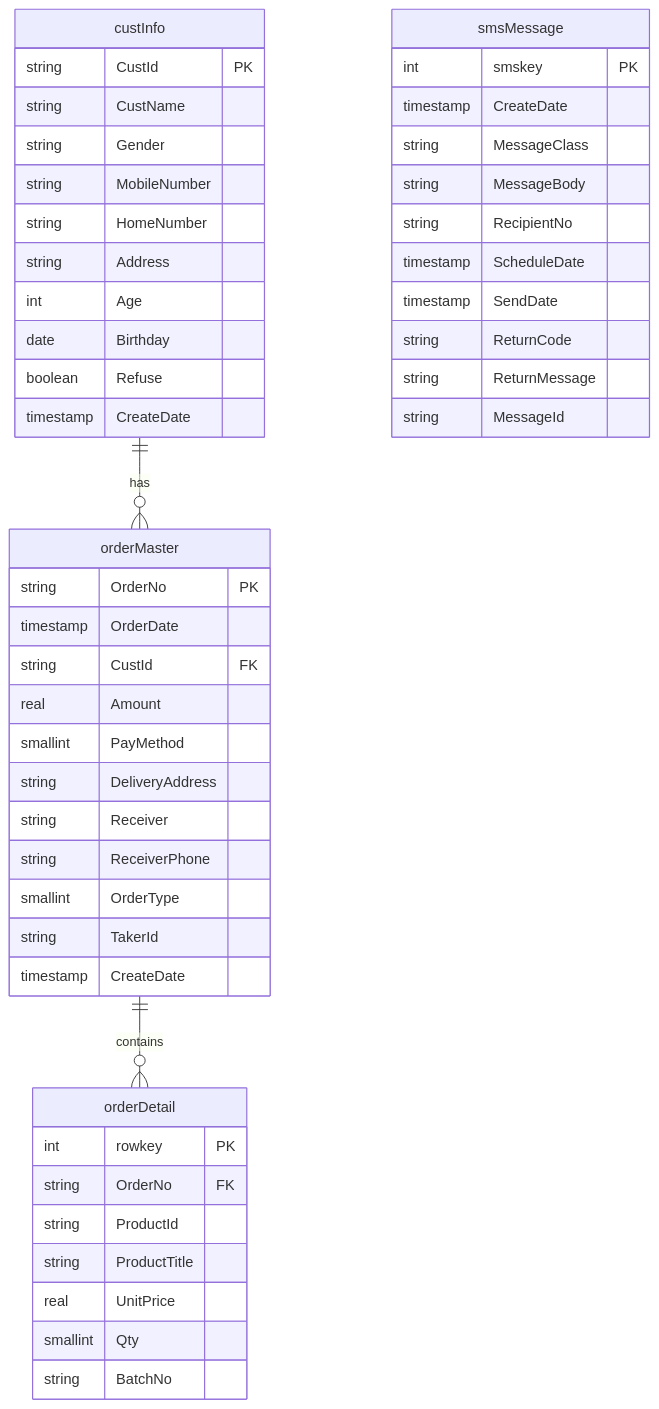
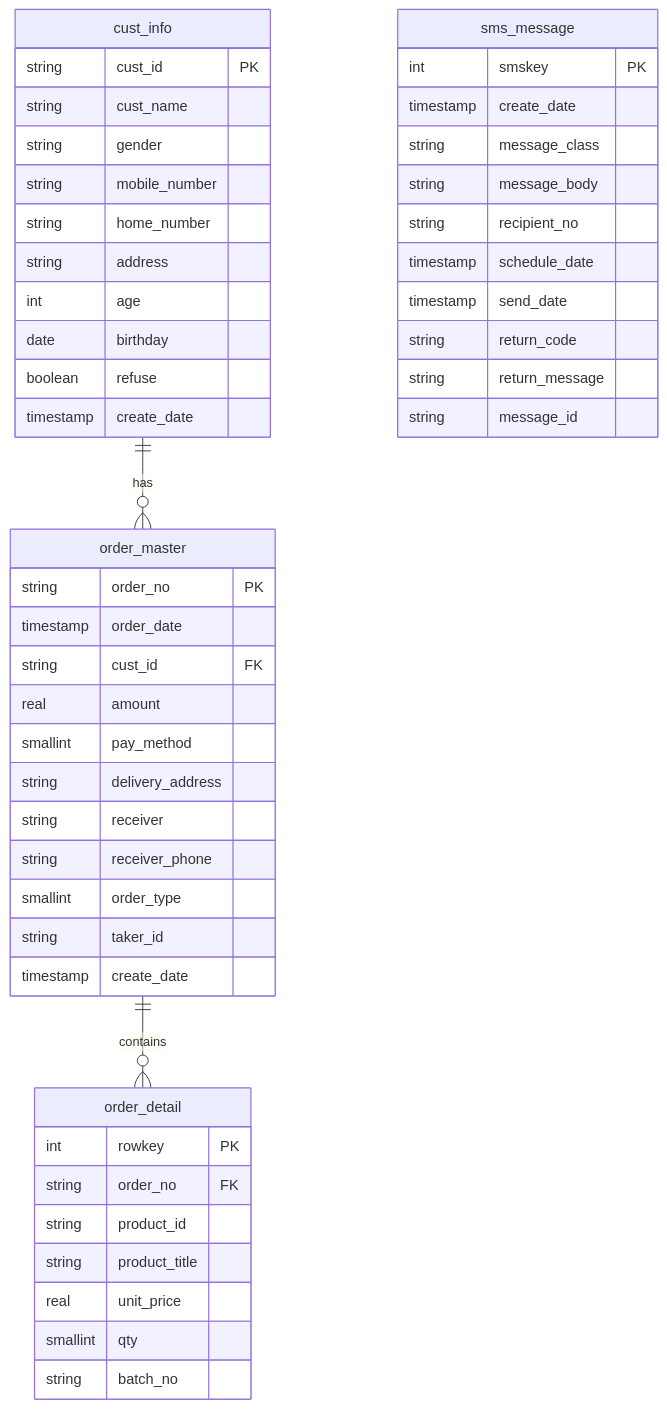
One commit to Benny418/EASY_NL_SMS_SYSTEM changed the fifth of 5 diagrams in README.md. Above: the diagram before and after it, drawn with Mermaid. The commit also changed other lines of this file, not shown here.

````diff
--- a/README.md
+++ b/README.md
@@ -164,55 +164,55 @@
 ```mermaid
 erDiagram
-    custInfo ||--o{ orderMaster : "has"
-    orderMaster ||--o{ orderDetail : "contains"
+    cust_info ||--o{ order_master : "has"
+    order_master ||--o{ order_detail : "contains"
     
-    custInfo {
-        string CustId PK
-        string CustName
-        string Gender
-        string MobileNumber
-        string HomeNumber
-        string Address
-        int Age
-        date Birthday
-        boolean Refuse
-        timestamp CreateDate
+    cust_info {
+        string cust_id PK
+        string cust_name
+        string gender
+        string mobile_number
+        string home_number
+        string address
+        int age
+        date birthday
+        boolean refuse
+        timestamp create_date
     }
     
-    orderMaster {
-        string OrderNo PK
-        timestamp OrderDate
-        string CustId FK
-        real Amount
-        smallint PayMethod
-        string DeliveryAddress
-        string Receiver
-        string ReceiverPhone
-        smallint OrderType
-        string TakerId
-        timestamp CreateDate
+    order_master {
+        string order_no PK
+        timestamp order_date
+        string cust_id FK
+        real amount
+        smallint pay_method
+        string delivery_address
+        string receiver
+        string receiver_phone
+        smallint order_type
+        string taker_id
+        timestamp create_date
     }
     
-    orderDetail {
+    order_detail {
         int rowkey PK
-        string OrderNo FK
-        string ProductId
-        string ProductTitle
-        real UnitPrice
-        smallint Qty
-        string BatchNo
+        string order_no FK
+        string product_id
+        string product_title
+        real unit_price
+        smallint qty
+        string batch_no
     }
     
-    smsMessage {
+    sms_message {
         int smskey PK
-        timestamp CreateDate
-        string MessageClass
-        string MessageBody
-        string RecipientNo
-        timestamp ScheduleDate
-        timestamp SendDate
-        string ReturnCode
-        string ReturnMessage
-        string MessageId
+        timestamp create_date
+        string message_class
+        string message_body
+        string recipient_no
+        timestamp schedule_date
+        timestamp send_date
+        string return_code
+        string return_message
+        string message_id
     }
 ```
````
